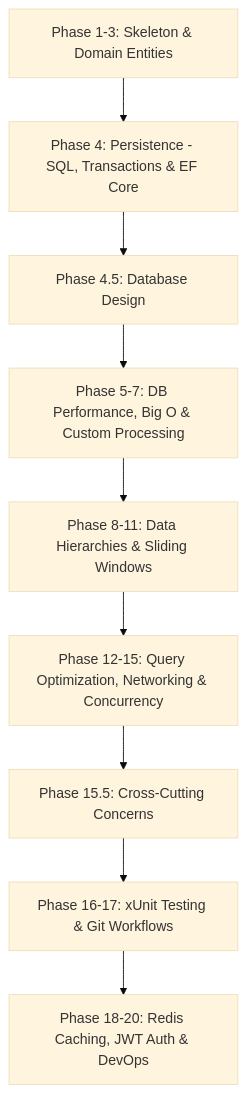
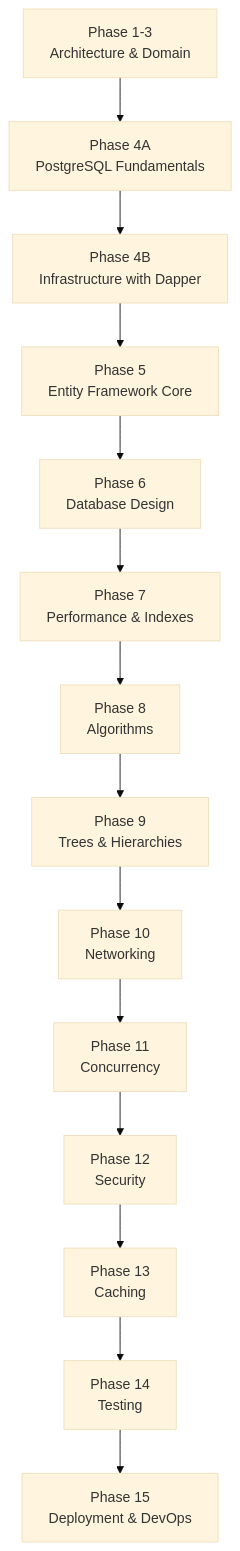
The diagram in docs/Path.md (Jherson-Aguto/BankingSystem), drawn with Mermaid (base theme) before and after one commit. The commit also changed other lines of this file and 3 other files, not shown here.

````diff
--- a/docs/Path.md
+++ b/docs/Path.md
@@ -20,11 +44,30 @@
 ```mermaid
 graph TD
-    A[Phase 1-3: Skeleton & Domain Entities] --> B[Phase 4: Persistence - SQL, Transactions & EF Core]
-    B --> C[Phase 4.5: Database Design]
-    C --> D[Phase 5-7: DB Performance, Big O & Custom Processing]
-    D --> E[Phase 8-11: Data Hierarchies & Sliding Windows]
-    E --> F[Phase 12-15: Query Optimization, Networking & Concurrency]
-    F --> G[Phase 15.5: Cross-Cutting Concerns]
-    G --> H[Phase 16-17: xUnit Testing & Git Workflows]
-    H --> I[Phase 18-20: Redis Caching, JWT Auth & DevOps]
+
+A[Phase 1-3<br/>Architecture & Domain]
+--> B[Phase 4A<br/>PostgreSQL Fundamentals]
+
+B --> C[Phase 4B<br/>Infrastructure with Dapper]
+
+C --> D[Phase 5<br/>Entity Framework Core]
+
+D --> E[Phase 6<br/>Database Design]
+
+E --> F[Phase 7<br/>Performance & Indexes]
+
+F --> G[Phase 8<br/>Algorithms]
+
+G --> H[Phase 9<br/>Trees & Hierarchies]
+
+H --> I[Phase 10<br/>Networking]
+
+I --> J[Phase 11<br/>Concurrency]
+
+J --> K[Phase 12<br/>Security]
+
+K --> L[Phase 13<br/>Caching]
+
+L --> M[Phase 14<br/>Testing]
+
+M --> N[Phase 15<br/>Deployment & DevOps]
 ```
````
